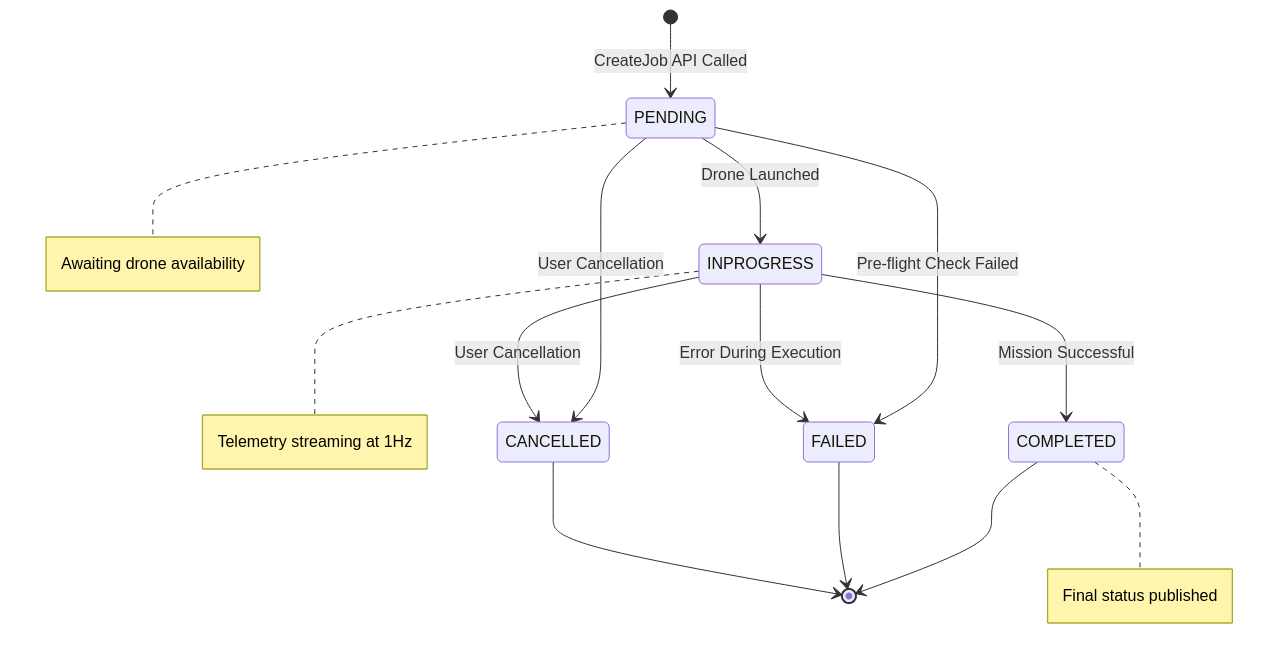
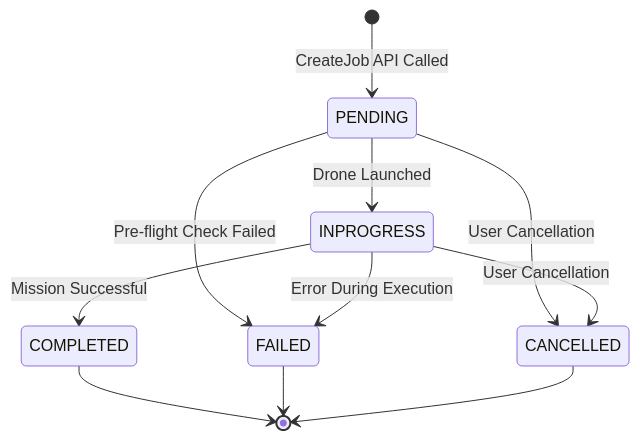
One commit to Idroneimages-LTD/IDI-DOCUMENTATION changed the fifth of 6 diagrams in index.md. Above: the diagram before and after it, drawn with Mermaid. The commit also changed other lines of this file and 2 other files, not shown here.

````diff
--- a/index.md
+++ b/index.md
@@ -286,20 +163,16 @@
 ```mermaid
 stateDiagram-v2
     [*] --> PENDING: CreateJob API Called
 
     PENDING --> INPROGRESS: Drone Launched
     PENDING --> CANCELLED: User Cancellation
     PENDING --> FAILED: Pre-flight Check Failed
 
     INPROGRESS --> COMPLETED: Mission Successful
     INPROGRESS --> FAILED: Error During Execution
     INPROGRESS --> CANCELLED: User Cancellation
 
     COMPLETED --> [*]
     FAILED --> [*]
     CANCELLED --> [*]
-
-    note right of PENDING: Awaiting drone availability
-    note right of INPROGRESS: Telemetry streaming at 1Hz
-    note right of COMPLETED: Final status published
 ```
````
